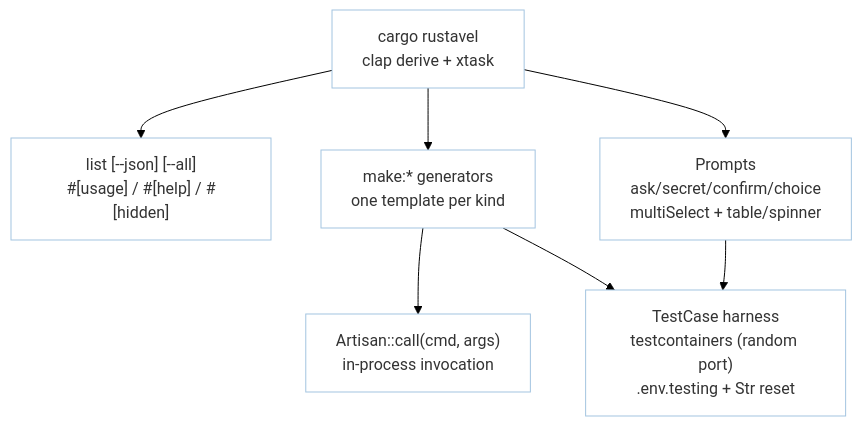
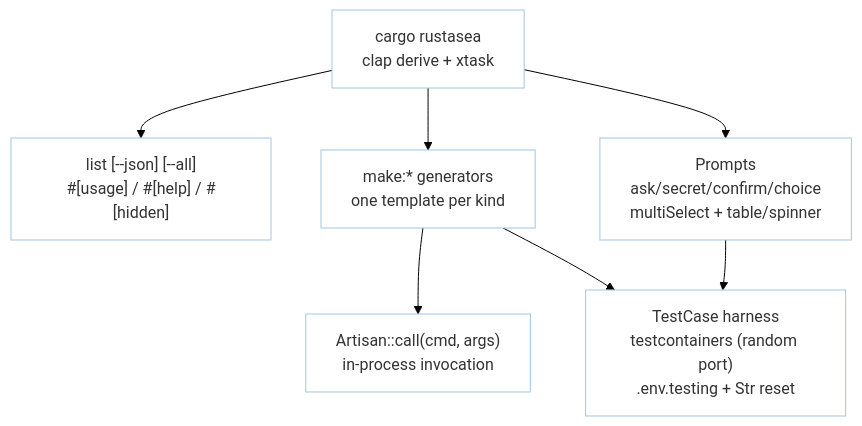
The diagram in .agents/documents/application/modules/developer-platform/overview.md (rustasea/rustasea), drawn with Mermaid before and after one commit. The commit also changed other lines of this file and 405 other files, not shown here.

````diff
--- a/.agents/documents/application/modules/developer-platform/overview.md
+++ b/.agents/documents/application/modules/developer-platform/overview.md
@@ -34,17 +34,17 @@
 ```mermaid
 %%{init: {"theme": "base", "themeVariables": {"background": "#ffffff", "mainBkg": "#ffffff", "primaryColor": "#bbdefb", "secondaryColor": "#fff9c4", "tertiaryColor": "#c8e6c9"}}}%%
 flowchart TB
-    Cargo["cargo rustavel <cmd>\nclap derive + xtask"]
+    Cargo["cargo rustasea <cmd>\nclap derive + xtask"]
     List["list [--json] [--all]\n#[usage] / #[help] / #[hidden]"]
     Generate["make:* generators\none template per kind"]
     Prompt["Prompts\nask/secret/confirm/choice\nmultiSelect + table/spinner"]
     Artisan["Artisan::call(cmd, args)\nin-process invocation"]
     TestBed["TestCase harness\ntestcontainers (random port)\n.env.testing + Str reset"]
 
     Cargo --> List
     Cargo --> Generate
     Cargo --> Prompt
     Generate --> Artisan
     Generate --> TestBed
     Prompt --> TestBed
 ```
````
